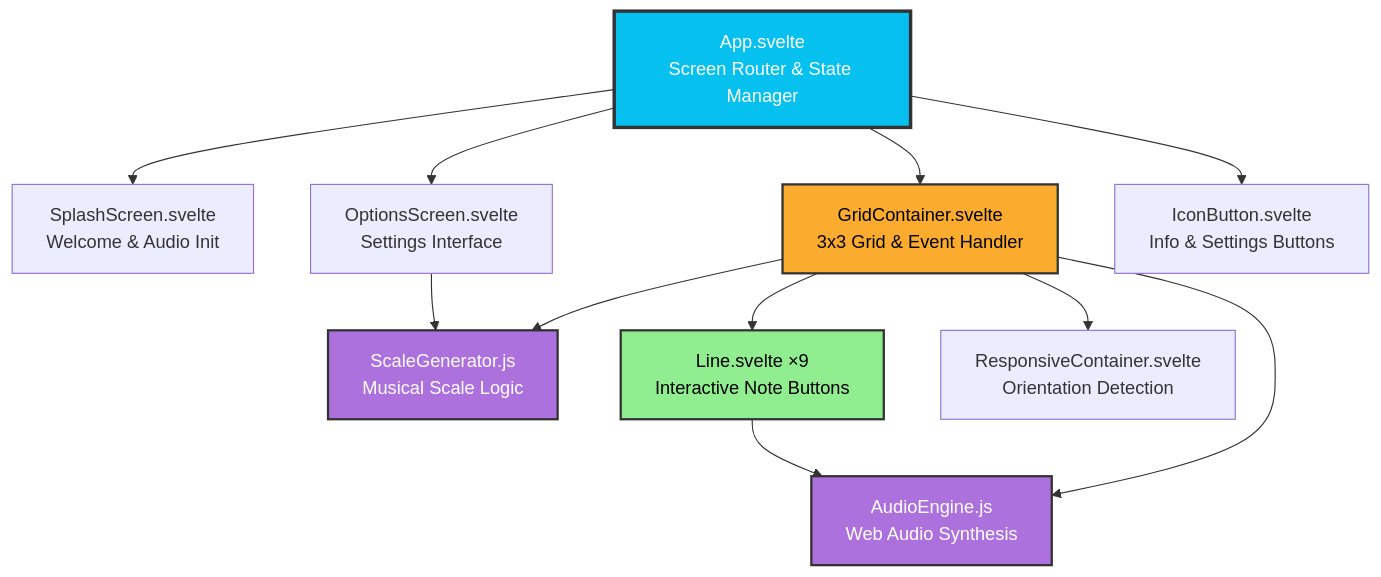
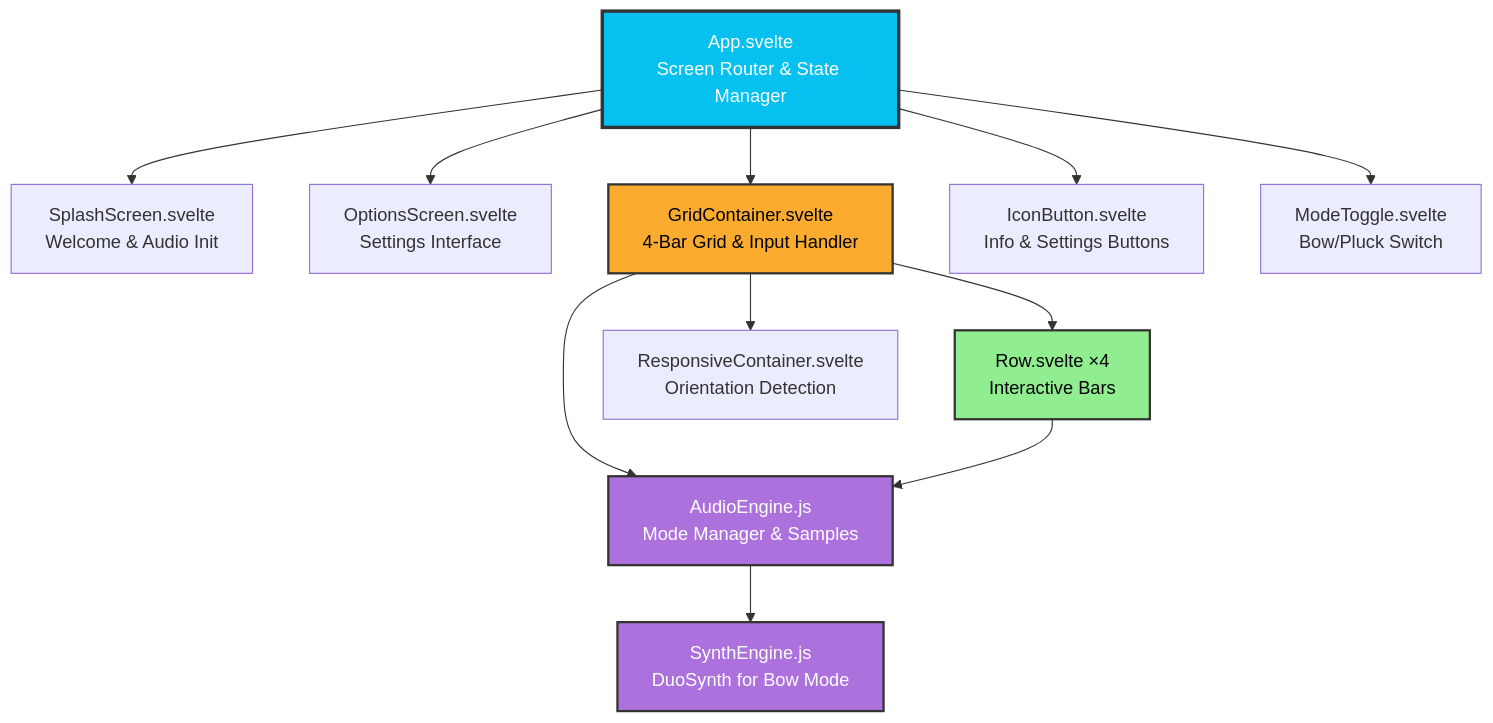
One commit to gawainhewitt/soundmakers_bars changed the diagram in README.md. Above: the diagram before and after it, drawn with Mermaid. The commit also changed other lines of this file and 3 other files, not shown here.

````diff
--- a/README.md
+++ b/README.md
@@ -133,24 +149,23 @@
 ```mermaid
 graph TD
     A[App.svelte<br/>Screen Router & State Manager] --> B[SplashScreen.svelte<br/>Welcome & Audio Init]
     A --> C[OptionsScreen.svelte<br/>Settings Interface]
-    A --> D[GridContainer.svelte<br/>3x3 Grid & Event Handler]
+    A --> D[GridContainer.svelte<br/>4-Bar Grid & Input Handler]
     A --> E[IconButton.svelte<br/>Info & Settings Buttons]
+    A --> F[ModeToggle.svelte<br/>Bow/Pluck Switch]
     
-    D --> G[AudioEngine.js<br/>Web Audio Synthesis]
-    D --> H[ScaleGenerator.js<br/>Musical Scale Logic]
-    D --> F[Line.svelte ×9<br/>Interactive Note Buttons]
-
+    D --> G[AudioEngine.js<br/>Mode Manager & Samples]
+    G --> H[SynthEngine.js<br/>DuoSynth for Bow Mode]
     
-    C --> H
+    D --> I[Row.svelte ×4<br/>Interactive Bars]
     
-    F --> G
+    I --> G
     
-    D --> I[ResponsiveContainer.svelte<br/>Orientation Detection]
+    D --> J[ResponsiveContainer.svelte<br/>Orientation Detection]
     
     style A fill:#06C0F0,stroke:#333,stroke-width:3px,color:#fff
     style D fill:#FBAC2E,stroke:#333,stroke-width:2px,color:#000
     style G fill:#AD71DD,stroke:#333,stroke-width:2px,color:#fff
     style H fill:#AD71DD,stroke:#333,stroke-width:2px,color:#fff
-    style F fill:#90EE90,stroke:#333,stroke-width:2px,color:#000
+    style I fill:#90EE90,stroke:#333,stroke-width:2px,color:#000
 ```
````
